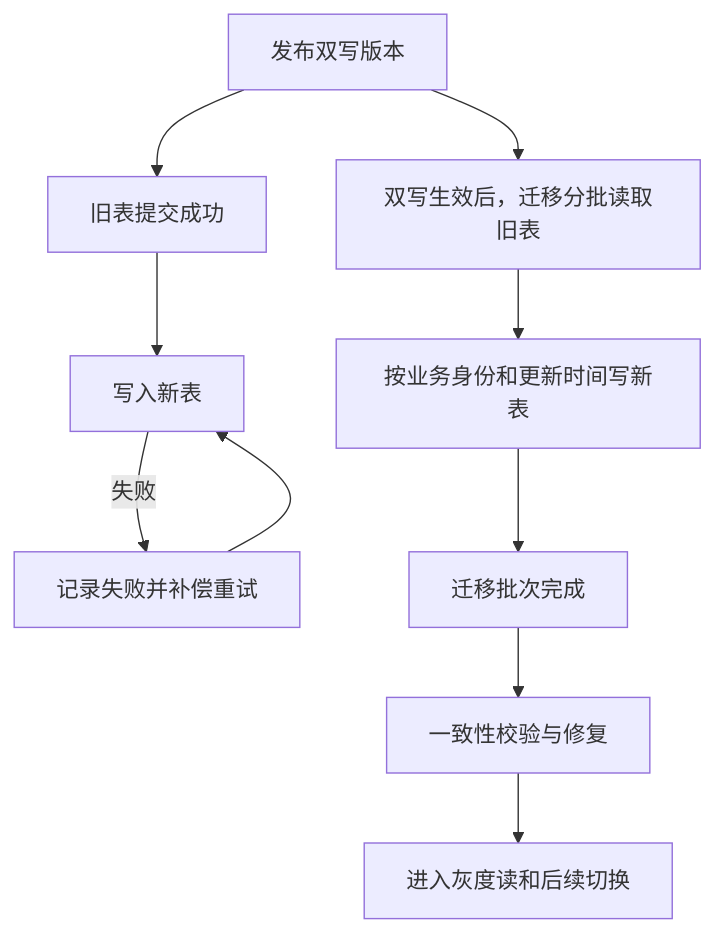
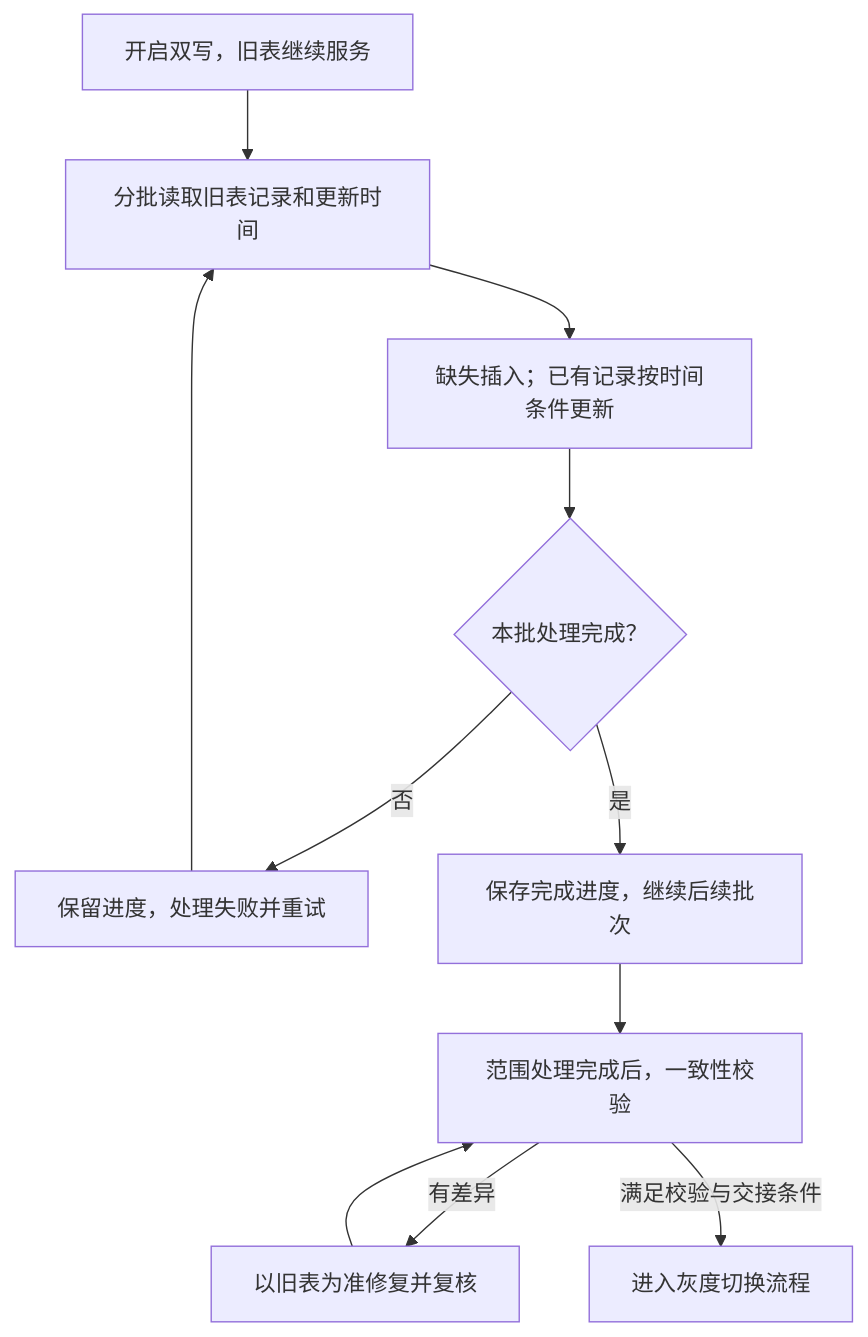
Before and after one commit to sunjiayu1105/eas: the diagram in 002_消费记录分库分表、双写与ES 改造（15）/007_分库分表_在线历史迁移.md, drawn with Mermaid. The commit also changed other lines of this file, not shown here.

````diff
--- a/002_消费记录分库分表、双写与ES 改造（15）/007_分库分表_在线历史迁移.md
+++ b/002_消费记录分库分表、双写与ES 改造（15）/007_分库分表_在线历史迁移.md
@@ -38,12 +115,13 @@
 ```mermaid
 flowchart TD
-    A["发布双写版本"] --> B["旧表提交成功"]
-    B --> C["写入新表"]
-    C -->|失败| D["记录失败并补偿重试"]
-    A --> E["双写生效后，迁移分批读取旧表"]
-    E --> F["按业务身份和更新时间写新表"]
-    D --> C
-    F --> G["迁移批次完成"]
-    G --> H["一致性校验与修复"]
-    H --> I["进入灰度读和后续切换"]
+    A["开启双写，旧表继续服务"] --> B["分批读取旧表记录和更新时间"]
+    B --> C["缺失插入；已有记录按时间条件更新"]
+    C --> D{"本批处理完成？"}
+    D -->|否| E["保留进度，处理失败并重试"]
+    E --> B
+    D -->|是| F["保存完成进度，继续后续批次"]
+    F --> G["范围处理完成后，一致性校验"]
+    G -->|有差异| H["以旧表为准修复并复核"]
+    H --> G
+    G -->|满足校验与交接条件| I["进入灰度切换流程"]
 ```
````
